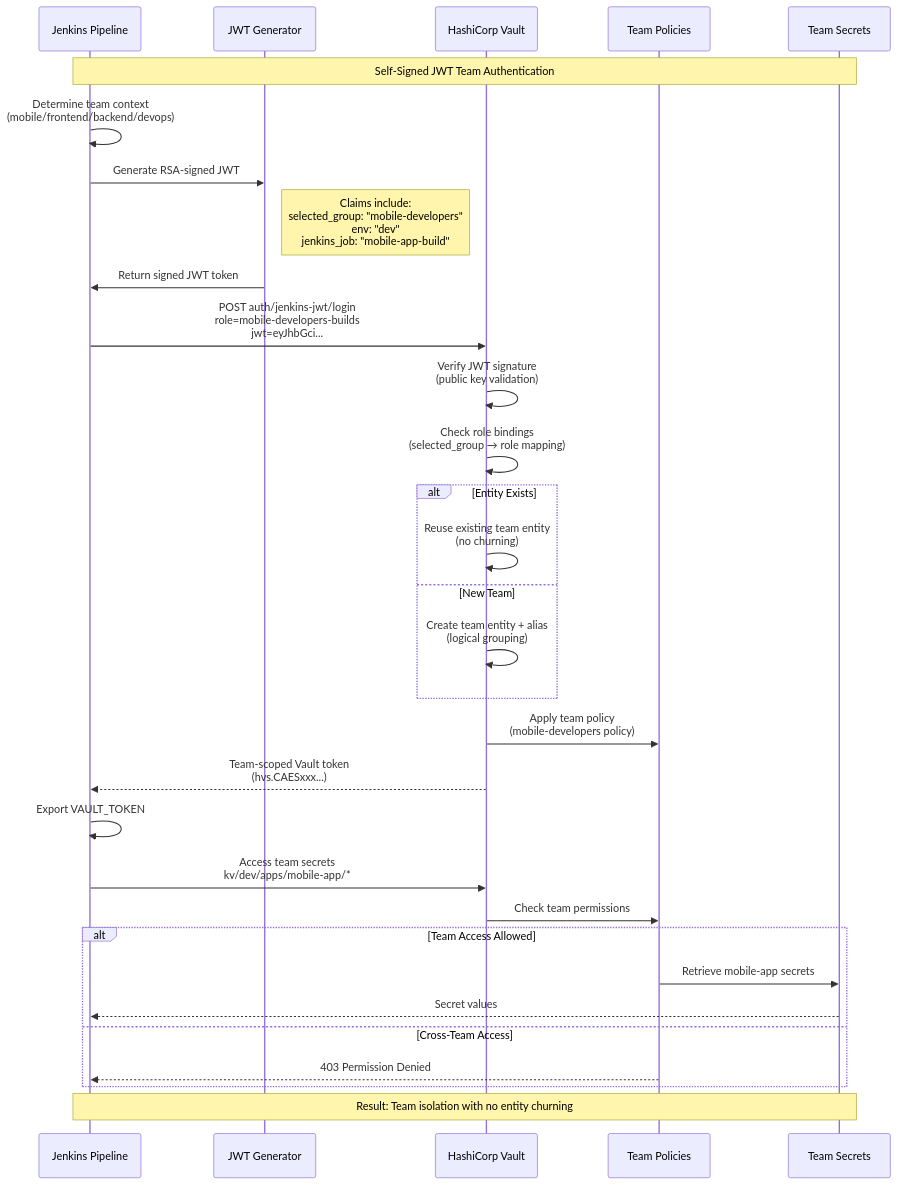
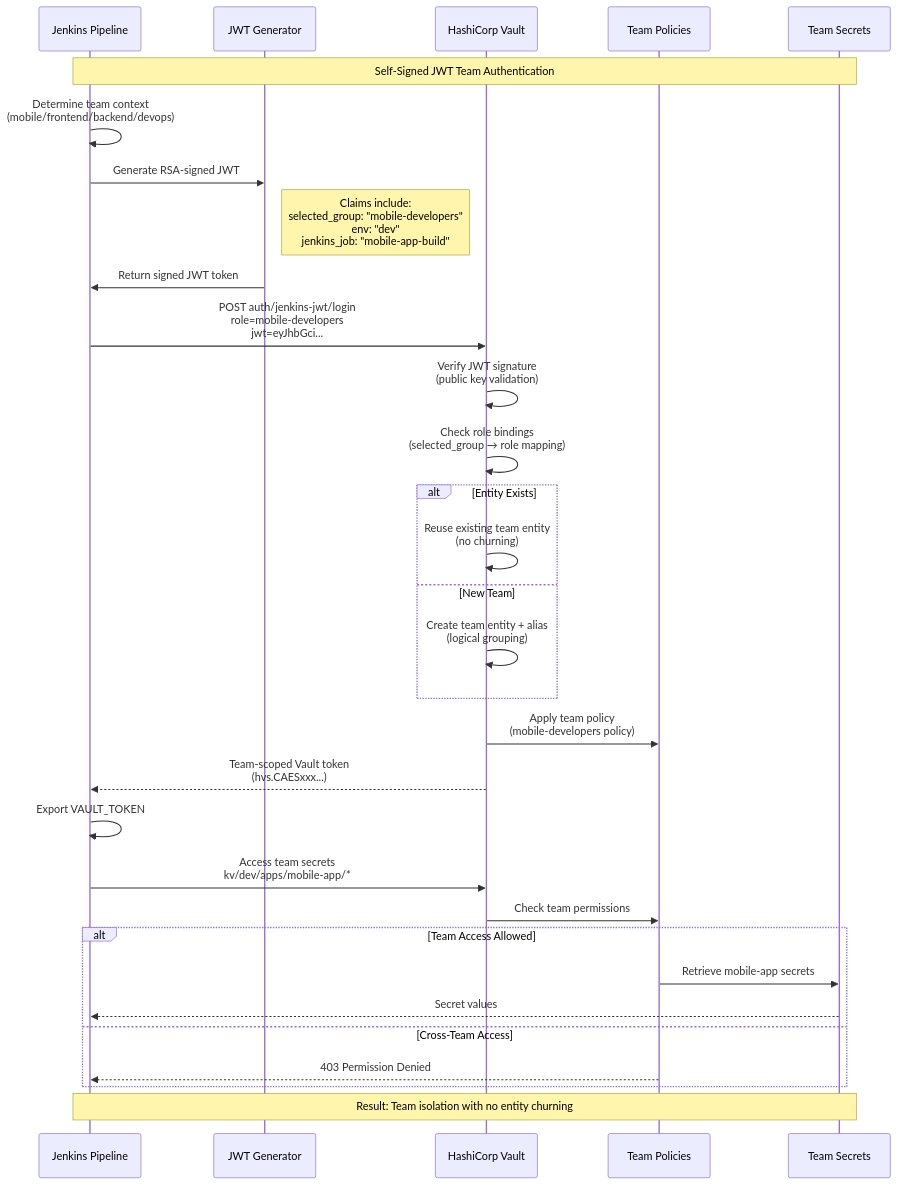
Before and after one commit to trenner1/jenkins-vault-poc: the diagram in README.md, drawn with Mermaid. The commit also changed other lines of this file, not shown here.

First line of the commit message:
docs: Update role in JWT authentication instructions

````diff
--- a/README.md
+++ b/README.md
@@ -46,42 +46,42 @@
 ```mermaid
 sequenceDiagram
     participant Jenkins as Jenkins Pipeline
     participant JWT as JWT Generator
     participant Vault as HashiCorp Vault
     participant Policies as Team Policies
     participant Secrets as Team Secrets
 
     Note over Jenkins,Secrets: Self-Signed JWT Team Authentication
 
     Jenkins->>Jenkins: Determine team context<br/>(mobile/frontend/backend/devops)
     Jenkins->>JWT: Generate RSA-signed JWT
     Note right of JWT: Claims include:<br/>selected_group: "mobile-developers"<br/>env: "dev"<br/>jenkins_job: "mobile-app-build"
     
     JWT->>Jenkins: Return signed JWT token
-    Jenkins->>Vault: POST auth/jenkins-jwt/login<br/>role=mobile-developers-builds<br/>jwt=eyJhbGci...
+    Jenkins->>Vault: POST auth/jenkins-jwt/login<br/>role=mobile-developers<br/>jwt=eyJhbGci...
     
     Vault->>Vault: Verify JWT signature<br/>(public key validation)
     Vault->>Vault: Check role bindings<br/>(selected_group → role mapping)
     
     alt Entity Exists
         Vault->>Vault: Reuse existing team entity<br/>(no churning)
     else New Team
         Vault->>Vault: Create team entity + alias<br/>(logical grouping)
     end
     
     Vault->>Policies: Apply team policy<br/>(mobile-developers policy)
     Vault-->>Jenkins: Team-scoped Vault token<br/>(hvs.CAESxxx...)
     
     Jenkins->>Jenkins: Export VAULT_TOKEN
     Jenkins->>Vault: Access team secrets<br/>kv/dev/apps/mobile-app/*
     
     Vault->>Policies: Check team permissions
     alt Team Access Allowed
         Policies->>Secrets: Retrieve mobile-app secrets
         Secrets-->>Jenkins: Secret values
     else Cross-Team Access
         Policies-->>Jenkins: 403 Permission Denied
     end
     
     Note over Jenkins,Secrets: Result: Team isolation with no entity churning
 ```
````
